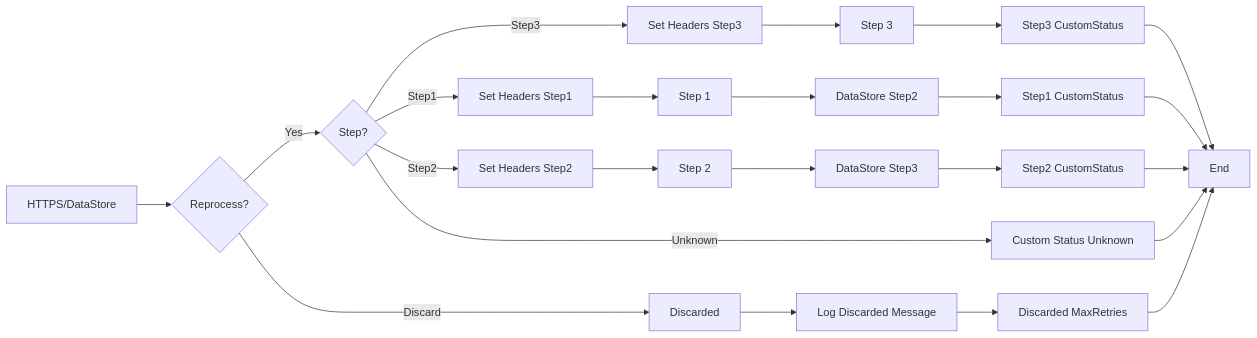
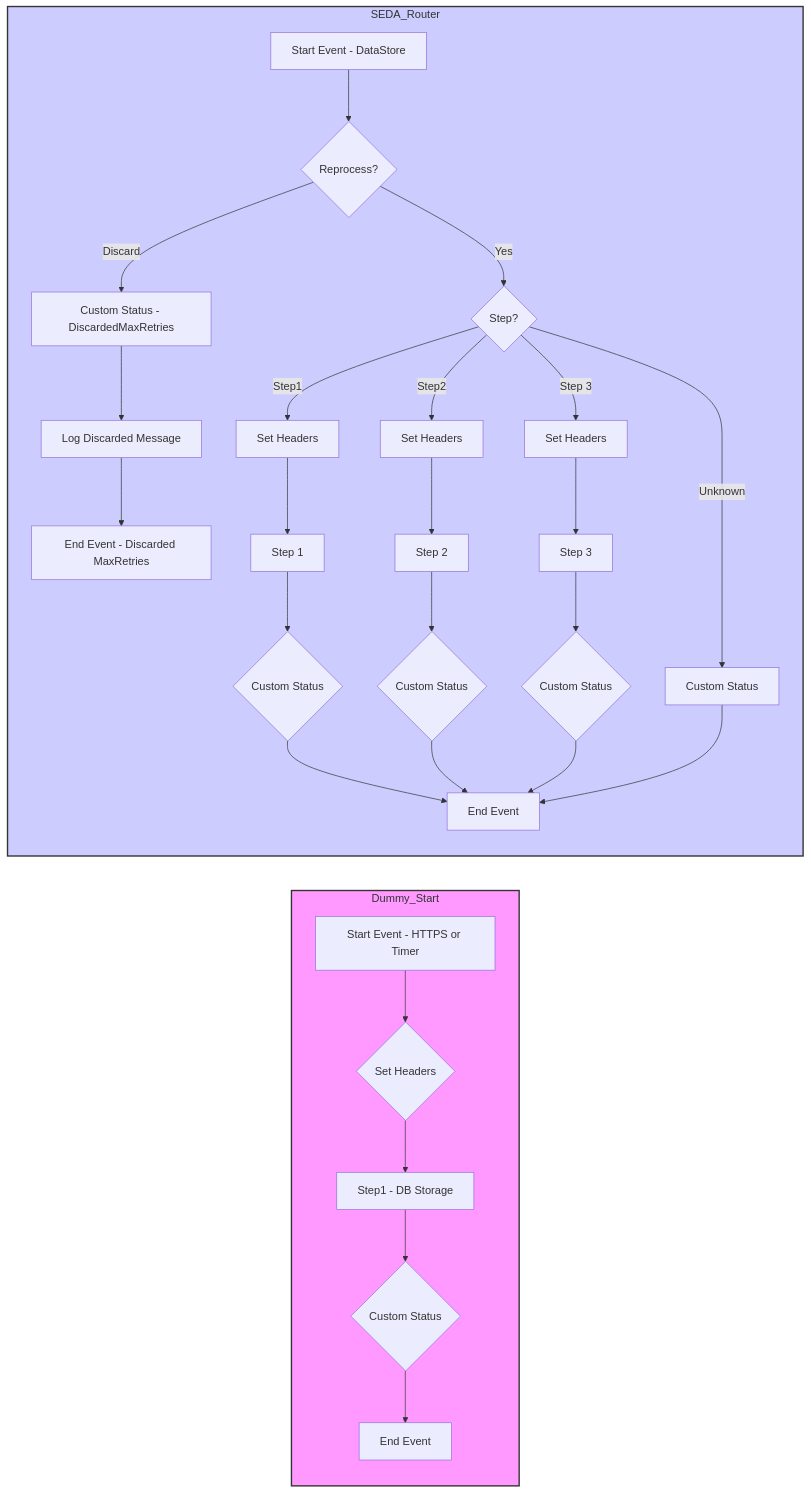
The diagram in MMZ - Templates/SEDA_Model_-_Single_DS_-_Restart_and_Discard-1.0.0/readme.md (Avvale-IA-CICD/AvvaleCPI), drawn with Mermaid before and after one commit. The commit also changed other lines of this file, not shown here.

Commit message:
Add/update documentation for SEDA_Model_-_Single_DS_-_Restart_and_Discard v1.0.0

````diff
--- a/MMZ - Templates/SEDA_Model_-_Single_DS_-_Restart_and_Discard-1.0.0/readme.md
+++ b/MMZ - Templates/SEDA_Model_-_Single_DS_-_Restart_and_Discard-1.0.0/readme.md
@@ -4,25 +4,37 @@
 ```mermaid
 graph LR
-    A[HTTPS/DataStore] --> B{Reprocess?};
-    B -- Yes --> C{Step?};
-    B -- Discard --> D[Discarded];
-    C -- Step1 --> E[Set Headers Step1];
-    C -- Step2 --> F[Set Headers Step2];
-    C -- Step3 --> G[Set Headers Step3];
-    C -- Unknown --> H[Custom Status Unknown];
-    E --> I[Step 1];
-    F --> J[Step 2];
-    G --> K[Step 3];
-    I --> L[DataStore Step2];
-    J --> M[DataStore Step3];
-    K --> N[Step3 CustomStatus];
-    L --> O[Step1 CustomStatus];
-    M --> P[Step2 CustomStatus];
-    N --> Q[End];
-    O --> Q;
-    P --> Q;
-    H --> Q;
-    D --> R[Log Discarded Message];
-    R --> S[Discarded MaxRetries];
-    S --> Q;
+    subgraph Dummy_Start
+        A[Start Event - HTTPS or Timer] --> B{Set Headers}
+        B --> C[Step1 - DB Storage];
+        C --> D{Custom Status}
+        D --> E[End Event]
+    end
+
+    subgraph SEDA_Router
+        DS[Start Event - DataStore] --> Retry{Reprocess?}
+        Retry -- Discard -->Discarded[Custom Status - DiscardedMaxRetries]
+        Discarded -->Log[Log Discarded Message]
+        Log -->EndDiscarded[End Event - Discarded MaxRetries]
+        Retry -- Yes --> StepGateway{Step?}
+        StepGateway -- Step1 --> SetHeader1[Set Headers]
+        SetHeader1 --> Step1[Step 1]
+        Step1 --> CustomStatus1{Custom Status}
+        CustomStatus1 --> End[End Event]
+
+        StepGateway -- Step2 --> SetHeader2[Set Headers]
+        SetHeader2 --> Step2[Step 2]
+        Step2 --> CustomStatus2{Custom Status}
+        CustomStatus2 --> End
+
+        StepGateway -- Step 3 --> SetHeader3[Set Headers]
+        SetHeader3 --> Step3[Step 3]
+        Step3 --> CustomStatus3{Custom Status}
+        CustomStatus3 --> End
+
+        StepGateway -- Unknown --> UnknownStep[Custom Status]
+        UnknownStep --> End
+    end
+
+    style Dummy_Start fill:#f9f,stroke:#333,stroke-width:2px
+    style SEDA_Router fill:#ccf,stroke:#333,stroke-width:2px
 ```
````
